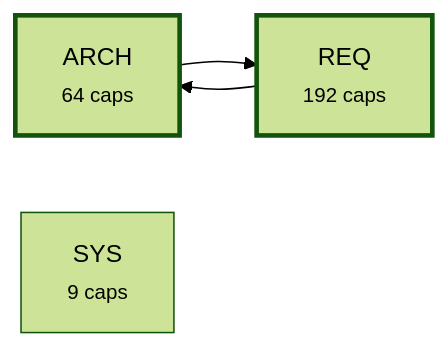
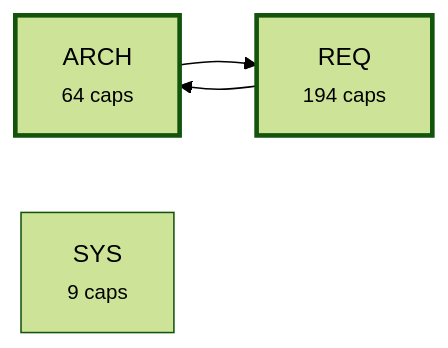
The third of 4 diagrams in plugin/requirements/_map.md (alxmax/Requirement-manager), drawn with Mermaid (forest theme) before and after one commit. The commit also changed other lines of this file and 7 other files, not shown here.

````diff
--- a/plugin/requirements/_map.md
+++ b/plugin/requirements/_map.md
@@ -986,10 +990,10 @@
 ```mermaid
 graph LR
   a_ARCH["ARCH<br><small>64 caps</small>"]
-  a_REQ["REQ<br><small>192 caps</small>"]
+  a_REQ["REQ<br><small>194 caps</small>"]
   a_SYS["SYS<br><small>9 caps</small>"]
   a_ARCH --> a_REQ
   a_REQ --> a_ARCH
   style a_ARCH stroke-width:3px
   style a_REQ stroke-width:3px
 ```
````
